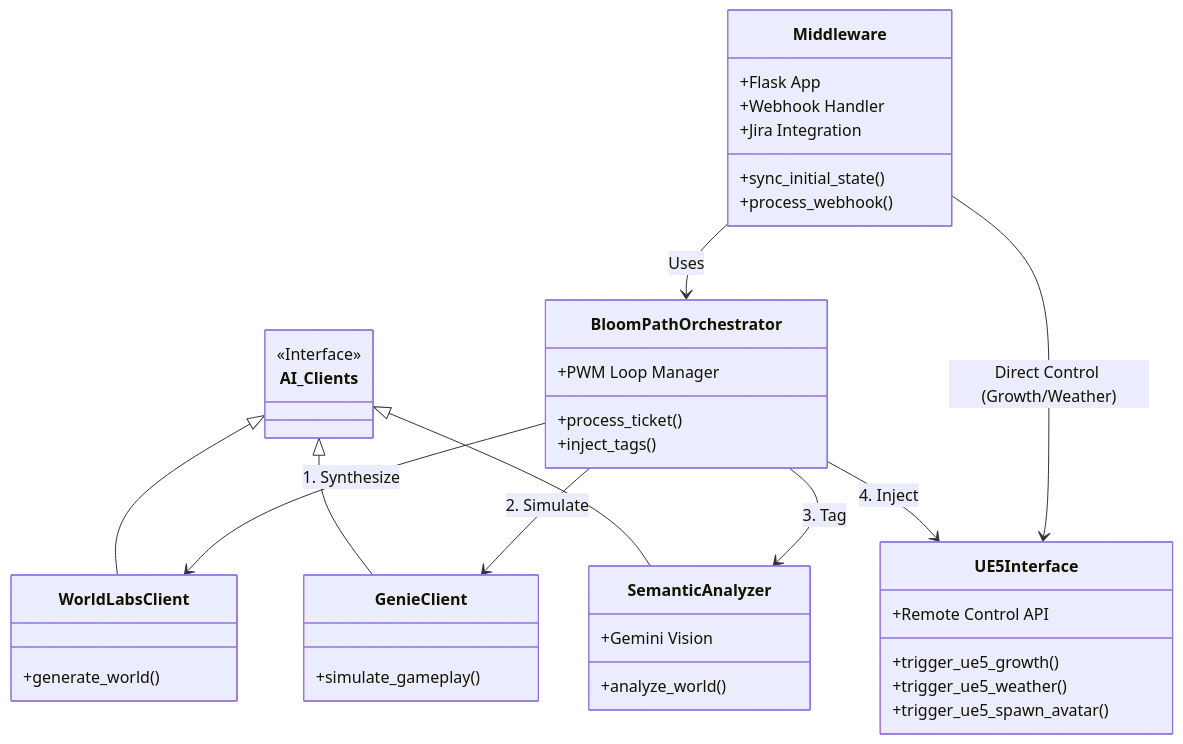
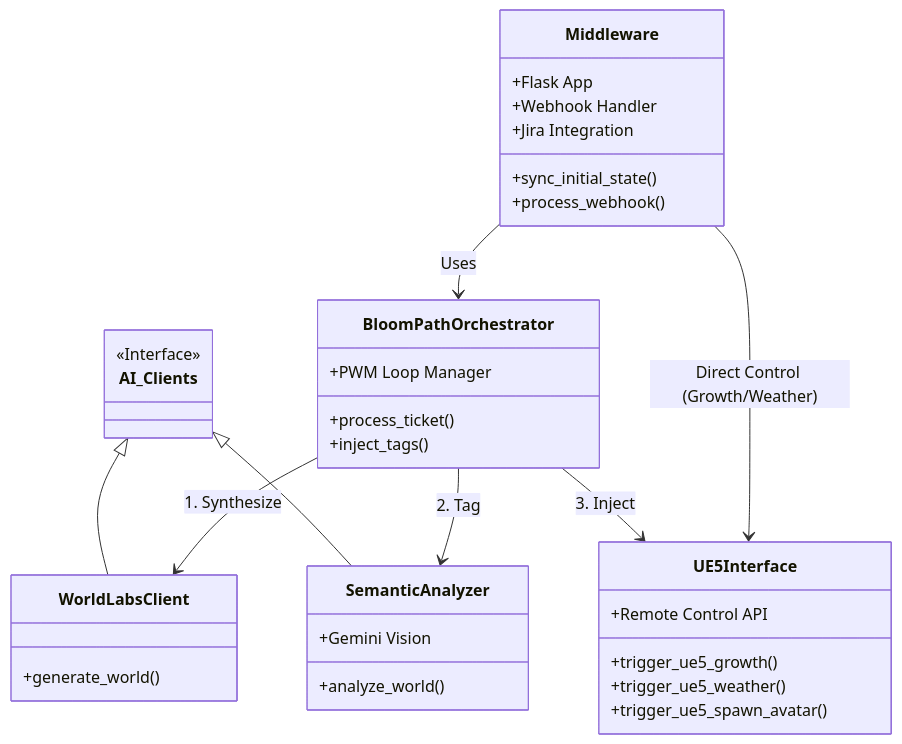
The first of 3 diagrams in ARCHITECTURE.md (petripaananen/BloomPath), drawn with Mermaid before and after one commit. The commit also changed other lines of this file and 18 other files, not shown here.

````diff
--- a/ARCHITECTURE.md
+++ b/ARCHITECTURE.md
@@ -9,50 +9,44 @@
 ```mermaid
 classDiagram
     class Middleware {
         +Flask App
         +Webhook Handler
         +Jira Integration
         +sync_initial_state()
         +process_webhook()
     }
 
     class BloomPathOrchestrator {
         +PWM Loop Manager
         +process_ticket()
         +inject_tags()
     }
 
     class AI_Clients {
         <<Interface>>
     }
 
     class WorldLabsClient {
         +generate_world()
     }
 
-    class GenieClient {
-        +simulate_gameplay()
-    }
-
     class SemanticAnalyzer {
         +analyze_world()
         +Gemini Vision
     }
 
     class UE5Interface {
         +Remote Control API
         +trigger_ue5_growth()
         +trigger_ue5_weather()
         +trigger_ue5_spawn_avatar()
     }
 
     Middleware --> BloomPathOrchestrator : Uses
     Middleware --> UE5Interface : Direct Control (Growth/Weather)
     BloomPathOrchestrator --> WorldLabsClient : 1. Synthesize
-    BloomPathOrchestrator --> GenieClient : 2. Simulate
-    BloomPathOrchestrator --> SemanticAnalyzer : 3. Tag
-    BloomPathOrchestrator --> UE5Interface : 4. Inject
+    BloomPathOrchestrator --> SemanticAnalyzer : 2. Tag
+    BloomPathOrchestrator --> UE5Interface : 3. Inject
     AI_Clients <|-- WorldLabsClient
-    AI_Clients <|-- GenieClient
     AI_Clients <|-- SemanticAnalyzer
 ```
````
